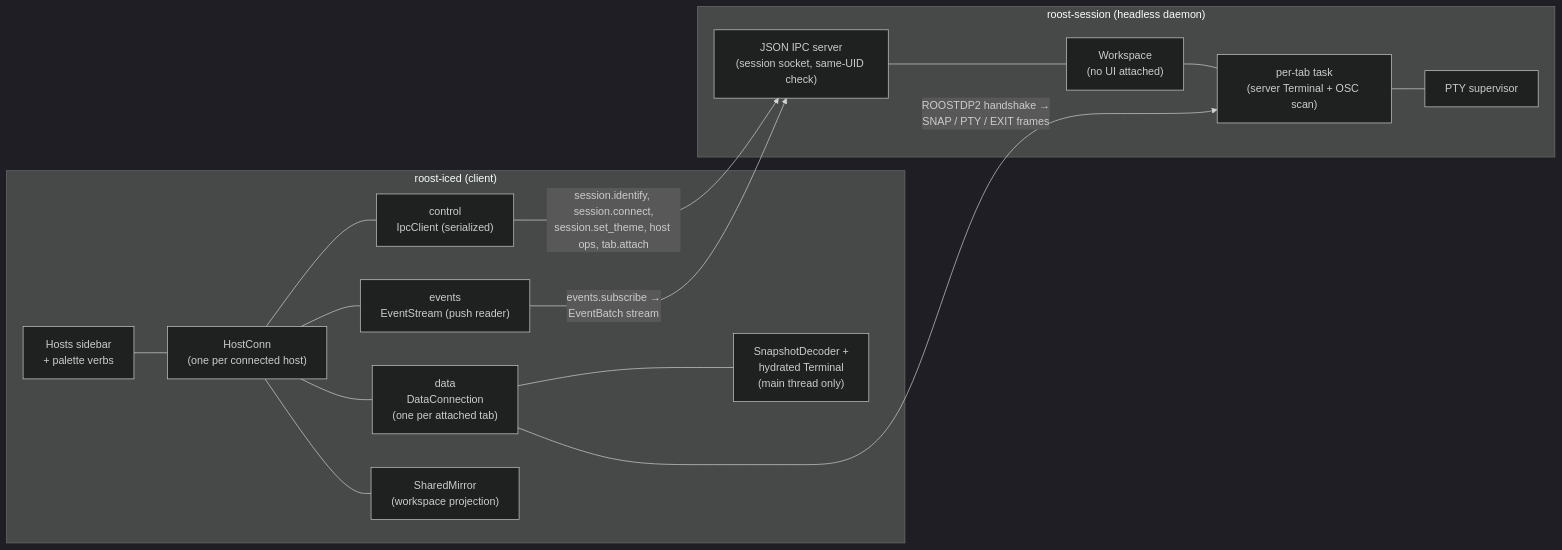
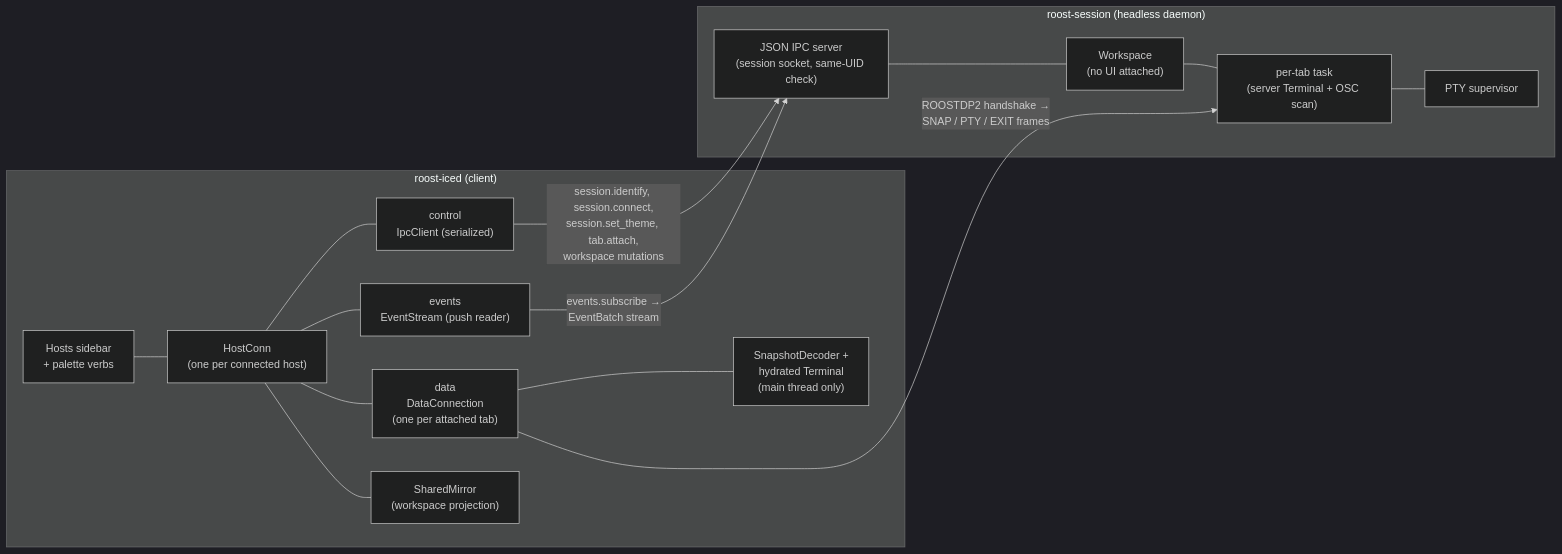
One commit to charliek/roost changed the first of 3 diagrams in docs/development/host-sessions.md. Above: the diagram before and after it, drawn with Mermaid (dark theme). The commit also changed other lines of this file and 8 other files, not shown here.

````diff
--- a/docs/development/host-sessions.md
+++ b/docs/development/host-sessions.md
@@ -9,34 +9,34 @@
 ```mermaid
 flowchart LR
   subgraph IcedApp["roost-iced (client)"]
     Sidebar["Hosts sidebar<br/>+ palette verbs"]
     HostConn["HostConn<br/>(one per connected host)"]
     Control["control<br/>IpcClient (serialized)"]
     EventsConn["events<br/>EventStream (push reader)"]
     Data["data<br/>DataConnection<br/>(one per attached tab)"]
     Mirror["SharedMirror<br/>(workspace projection)"]
     Decoder["SnapshotDecoder +<br/>hydrated Terminal<br/>(main thread only)"]
 
     Sidebar --- HostConn
     HostConn --- Control
     HostConn --- EventsConn
     HostConn --- Data
     HostConn --- Mirror
     Data --- Decoder
   end
 
   subgraph Session["roost-session (headless daemon)"]
     SessionIPC["JSON IPC server<br/>(session socket, same-UID check)"]
     Workspace["Workspace<br/>(no UI attached)"]
     TabTask["per-tab task<br/>(server Terminal + OSC scan)"]
     PTY["PTY supervisor"]
 
     SessionIPC --- Workspace
     Workspace --- TabTask
     TabTask --- PTY
   end
 
-  Control -- "session.identify, session.connect,<br/>session.set_theme, host ops, tab.attach" --> SessionIPC
+  Control -- "session.identify, session.connect,<br/>session.set_theme, tab.attach,<br/>workspace mutations" --> SessionIPC
   EventsConn -- "events.subscribe →<br/>EventBatch stream" --> SessionIPC
   Data -- "ROOSTDP2 handshake →<br/>SNAP / PTY / EXIT frames" --> TabTask
 ```
````
